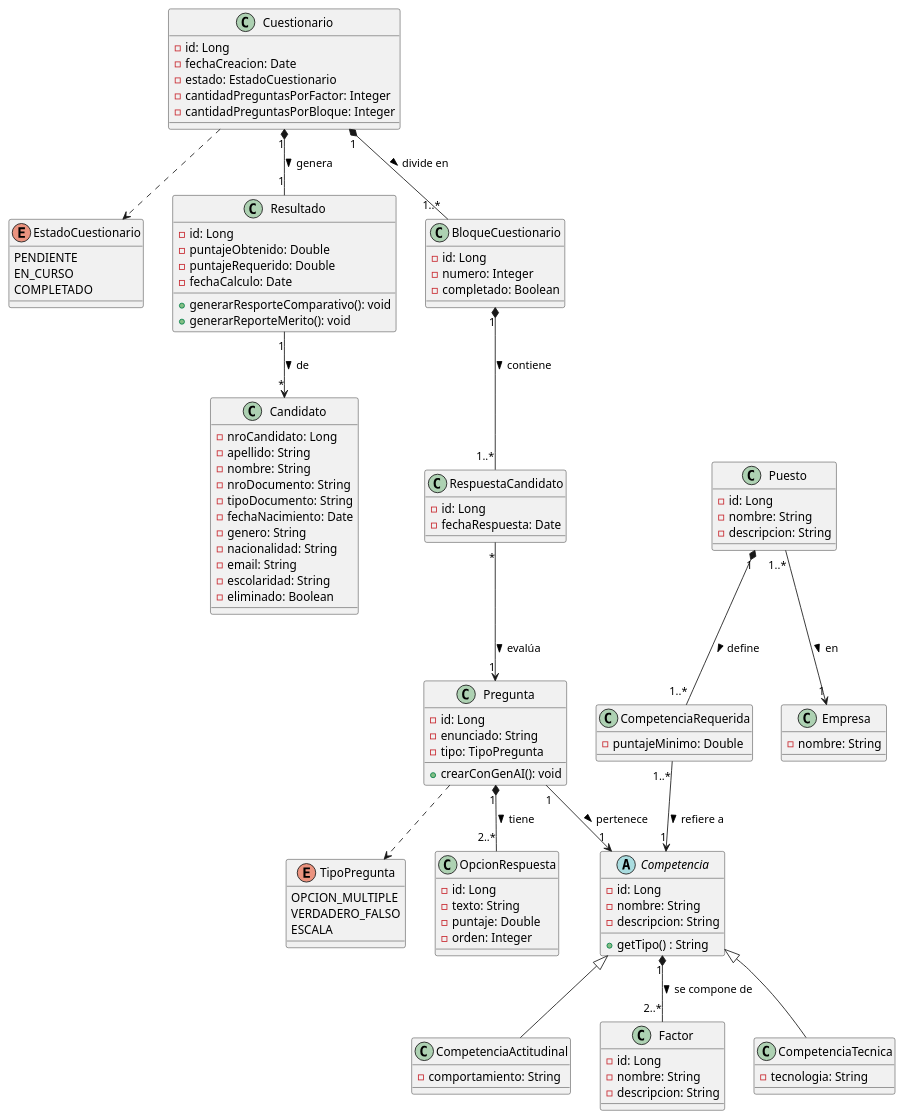
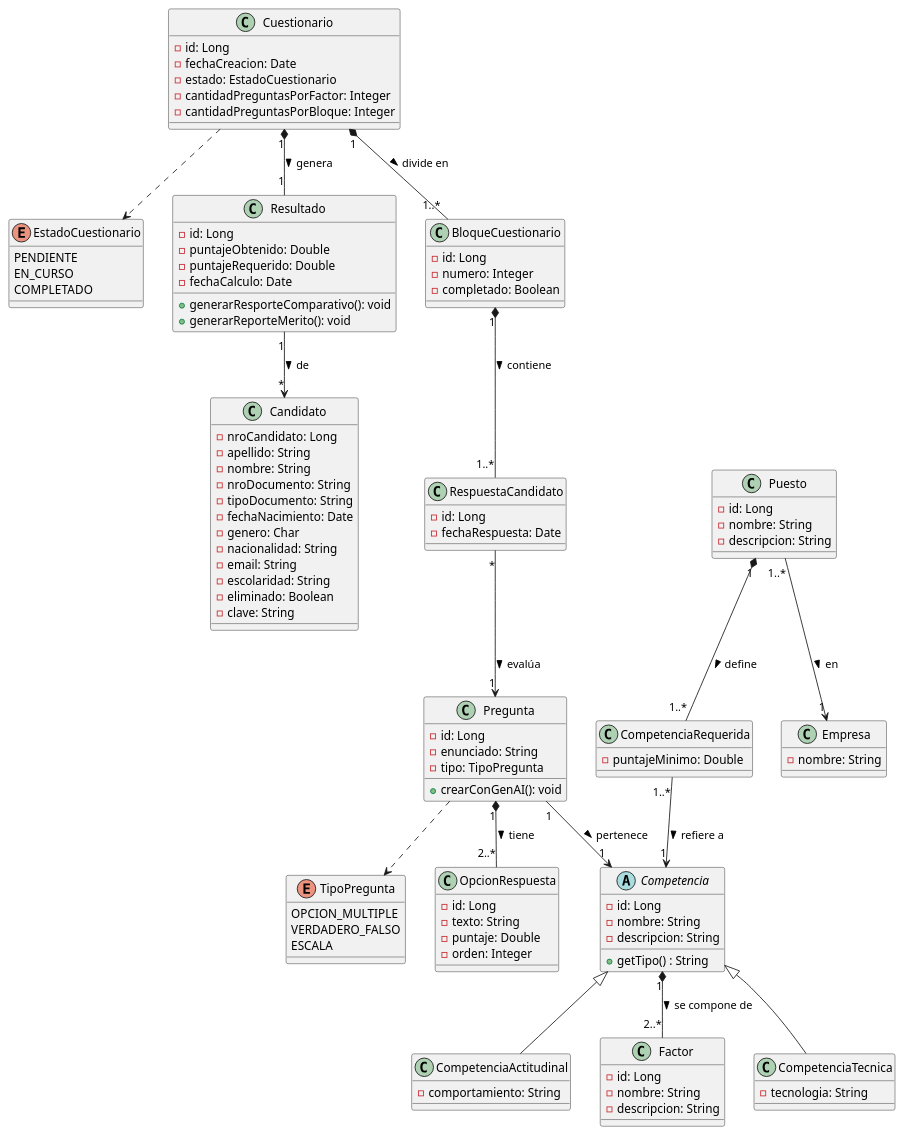
Before and after one commit to pedromartinez0201/TP---UTN---Sistemas: the diagram in prueba.puml, drawn with PlantUML.

Commit message:
Agrego atributo faltante en Candidato

```diff
--- a/prueba.puml
+++ b/prueba.puml
@@ -1,128 +1,129 @@
 @startuml Diagrama
 
 class Cuestionario {
   -id: Long 
   -fechaCreacion: Date
   -estado: EstadoCuestionario
   -cantidadPreguntasPorFactor: Integer 
   -cantidadPreguntasPorBloque: Integer
 }
 
 enum EstadoCuestionario{
   PENDIENTE
   EN_CURSO
   COMPLETADO
 }
 
 class Pregunta {
     -id: Long
     -enunciado: String
     -tipo: TipoPregunta
     +crearConGenAI(): void
 }
 
 enum TipoPregunta{
     OPCION_MULTIPLE
     VERDADERO_FALSO
     ESCALA
 }
 
 class OpcionRespuesta{
     -id: Long
     -texto: String
     -puntaje: Double
     -orden: Integer
 }
 
 abstract class Competencia {
     -id: Long
     -nombre: String 
     -descripcion: String
     +getTipo() : String
 }
 
 class CompetenciaActitudinal {
     -comportamiento: String
 }
 class Factor{
     -id: Long 
     -nombre: String
     -descripcion: String
 }
 class CompetenciaTecnica{
     -tecnologia: String
 }
 
 Competencia <|-- CompetenciaActitudinal
 Competencia <|-- CompetenciaTecnica
 
 class Puesto{
   -id: Long
   -nombre: String
   -descripcion: String
 }
 
 class CompetenciaRequerida{
   -puntajeMinimo: Double
 }
 
 Puesto "1" *-- "1..*" CompetenciaRequerida : define >
 CompetenciaRequerida "1..*" --> "1" Competencia : refiere a >
 
 Competencia "1" *-- "2..*" Factor : se compone de >
 Pregunta "1" *-- "2..*" OpcionRespuesta : tiene >
 Pregunta ..> TipoPregunta
 Pregunta "1" --> "1" Competencia : pertenece >
 
 class Empresa{
   -nombre: String
 }
 
 Puesto "1..*" --> "1" Empresa : en >
 
 class Candidato{
   -nroCandidato: Long
   -apellido: String
   -nombre: String
   -nroDocumento: String
   -tipoDocumento: String
   -fechaNacimiento: Date
-  -genero: String
+  -genero: Char
   -nacionalidad: String
   -email: String
   -escolaridad: String
   -eliminado: Boolean
+  -clave: String
 }
 
 Resultado "1" --> "*" Candidato : de >
 
 class Resultado{
   -id: Long
   -puntajeObtenido: Double
   -puntajeRequerido: Double
   -fechaCalculo: Date
   +generarResporteComparativo(): void 
   +generarReporteMerito(): void 
 }
 
 class BloqueCuestionario {
   -id: Long
   -numero: Integer 
   -completado: Boolean
 }
 
 class RespuestaCandidato {
   -id: Long
   -fechaRespuesta: Date
 }
 
 Cuestionario "1" *-- "1..*" BloqueCuestionario : divide en >
 
 BloqueCuestionario "1" *-- "1..*" RespuestaCandidato : contiene >
 
 RespuestaCandidato "*" --> "1" Pregunta : evalúa >
 
 Cuestionario "1" *-- "1" Resultado : genera >
 Cuestionario ..> EstadoCuestionario 
 
 @enduml
```
